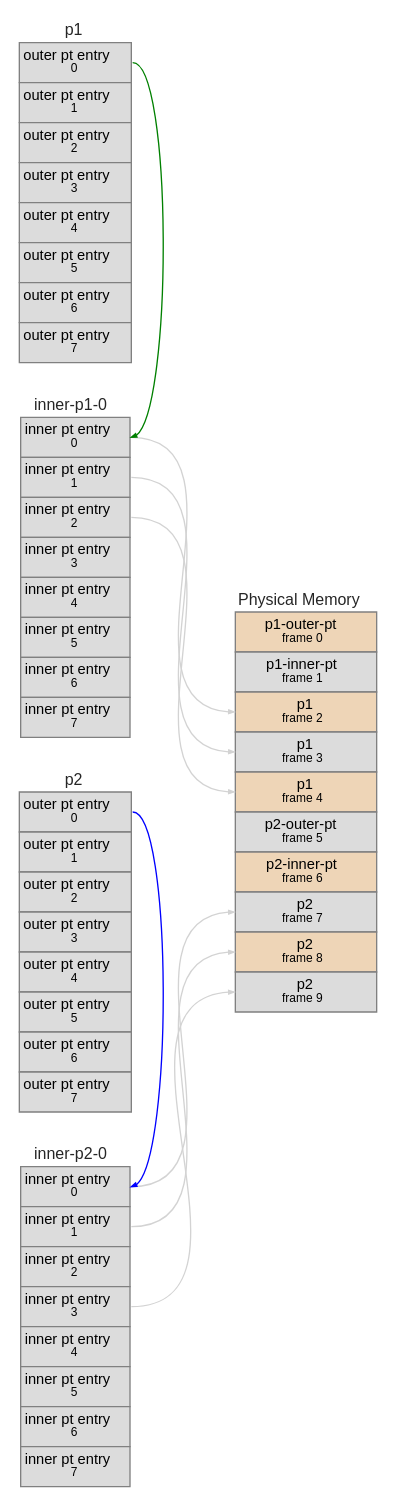
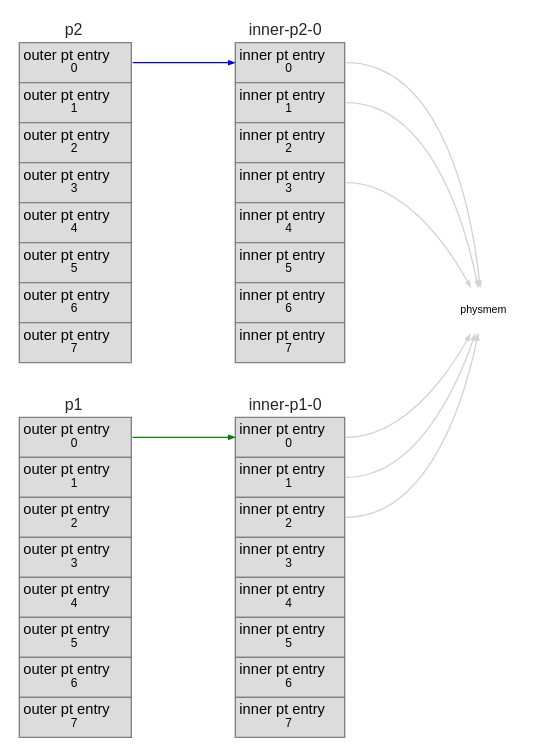
The diagram in memsim/src/graphs/twolevel2.json.gv (pitosalas/public-131-samples), drawn with Graphviz before and after one commit. The commit also changed 39 other files, not shown here.

```diff
--- a/memsim/src/graphs/twolevel2.json.gv
+++ b/memsim/src/graphs/twolevel2.json.gv
@@ -1,24 +1,23 @@
 digraph "graphs/twolevel2.json" {
 	graph [fontname=Helvetica rankdir=LR ranksep=1.0]
 	node [fontname=Helvetica fontsize=8 margin="0.04 0.04" shape=none width=0.8]
 	edge [arrowsize=0.4]
 	"inner-p1-0":0 -> physmem:2 [color=lightgrey headclip=true tailclip=true]
 	"inner-p1-0":1 -> physmem:3 [color=lightgrey headclip=true tailclip=true]
 	"inner-p1-0":2 -> physmem:4 [color=lightgrey headclip=true tailclip=true]
 	"outer-p1":0 -> "inner-p1-0":0 [color=green headclip=true tailclip=true]
 	"inner-p2-0":0 -> physmem:7 [color=lightgrey headclip=true tailclip=true]
 	"inner-p2-0":1 -> physmem:8 [color=lightgrey headclip=true tailclip=true]
 	"inner-p2-0":3 -> physmem:9 [color=lightgrey headclip=true tailclip=true]
 	"outer-p2":0 -> "inner-p2-0":0 [color=blue headclip=true tailclip=true]
 	subgraph left {
-		physmem [label=<<table border="0.1" cellborder="1" cellspacing="0"><TR><TD border="0.0" ><font face="helvetica" color="grey15" point-size="12">Physical Memory</font></TD></TR><tr><td align="text" color="grey" bgcolor="bisque2" height="30" port="0"><font point-size="11">p1-outer-pt</font><br></br><font point-size="9">frame 0</font></td></tr><tr><td align="text" color="grey" bgcolor="gainsboro" height="30" port="1"><font point-size="11">p1-inner-pt</font><br></br><font point-size="9">frame 1</font></td></tr><tr><td align="text" color="grey" bgcolor="bisque2" height="30" port="2"><font point-size="11">p1</font><br></br><font point-size="9">frame 2</font></td></tr><tr><td align="text" color="grey" bgcolor="gainsboro" height="30" port="3"><font point-size="11">p1</font><br></br><font point-size="9">frame 3</font></td></tr><tr><td align="text" color="grey" bgcolor="bisque2" height="30" port="4"><font point-size="11">p1</font><br></br><font point-size="9">frame 4</font></td></tr><tr><td align="text" color="grey" bgcolor="gainsboro" height="30" port="5"><font point-size="11">p2-outer-pt</font><br></br><font point-size="9">frame 5</font></td></tr><tr><td align="text" color="grey" bgcolor="bisque2" height="30" port="6"><font point-size="11">p2-inner-pt</font><br></br><font point-size="9">frame 6</font></td></tr><tr><td align="text" color="grey" bgcolor="gainsboro" height="30" port="7"><font point-size="11">p2</font><br></br><font point-size="9">frame 7</font></td></tr><tr><td align="text" color="grey" bgcolor="bisque2" height="30" port="8"><font point-size="11">p2</font><br></br><font point-size="9">frame 8</font></td></tr><tr><td align="text" color="grey" bgcolor="gainsboro" height="30" port="9"><font point-size="11">p2</font><br></br><font point-size="9">frame 9</font></td></tr></table>>]
-		rank=sink
-	}
-	subgraph right {
-		"inner-p1-0" [label=<<table border="0.1" cellborder="1" cellspacing="0"><TR><TD border="0.0" ><font face="helvetica" color="grey15" point-size="12">inner-p1-0</font></TD></TR><tr><td align="text" color="grey" bgcolor="gainsboro" height="30" port="0"><font point-size="11">inner pt entry</font><br></br><font point-size="9">0</font></td></tr><tr><td align="text" color="grey" bgcolor="gainsboro" height="30" port="1"><font point-size="11">inner pt entry</font><br></br><font point-size="9">1</font></td></tr><tr><td align="text" color="grey" bgcolor="gainsboro" height="30" port="2"><font point-size="11">inner pt entry</font><br></br><font point-size="9">2</font></td></tr><tr><td align="text" color="grey" bgcolor="gainsboro" height="30" port="3"><font point-size="11">inner pt entry</font><br></br><font point-size="9">3</font></td></tr><tr><td align="text" color="grey" bgcolor="gainsboro" height="30" port="4"><font point-size="11">inner pt entry</font><br></br><font point-size="9">4</font></td></tr><tr><td align="text" color="grey" bgcolor="gainsboro" height="30" port="5"><font point-size="11">inner pt entry</font><br></br><font point-size="9">5</font></td></tr><tr><td align="text" color="grey" bgcolor="gainsboro" height="30" port="6"><font point-size="11">inner pt entry</font><br></br><font point-size="9">6</font></td></tr><tr><td align="text" color="grey" bgcolor="gainsboro" height="30" port="7"><font point-size="11">inner pt entry</font><br></br><font point-size="9">7</font></td></tr></table>>]
 		"outer-p1" [label=<<table border="0.1" cellborder="1" cellspacing="0"><TR><TD border="0.0" ><font face="helvetica" color="grey15" point-size="12">p1</font></TD></TR><tr><td align="text" color="grey" bgcolor="gainsboro" height="30" port="0"><font point-size="11">outer pt entry</font><br></br><font point-size="9">0</font></td></tr><tr><td align="text" color="grey" bgcolor="gainsboro" height="30" port="1"><font point-size="11">outer pt entry</font><br></br><font point-size="9">1</font></td></tr><tr><td align="text" color="grey" bgcolor="gainsboro" height="30" port="2"><font point-size="11">outer pt entry</font><br></br><font point-size="9">2</font></td></tr><tr><td align="text" color="grey" bgcolor="gainsboro" height="30" port="3"><font point-size="11">outer pt entry</font><br></br><font point-size="9">3</font></td></tr><tr><td align="text" color="grey" bgcolor="gainsboro" height="30" port="4"><font point-size="11">outer pt entry</font><br></br><font point-size="9">4</font></td></tr><tr><td align="text" color="grey" bgcolor="gainsboro" height="30" port="5"><font point-size="11">outer pt entry</font><br></br><font point-size="9">5</font></td></tr><tr><td align="text" color="grey" bgcolor="gainsboro" height="30" port="6"><font point-size="11">outer pt entry</font><br></br><font point-size="9">6</font></td></tr><tr><td align="text" color="grey" bgcolor="gainsboro" height="30" port="7"><font point-size="11">outer pt entry</font><br></br><font point-size="9">7</font></td></tr></table>>]
-		"inner-p2-0" [label=<<table border="0.1" cellborder="1" cellspacing="0"><TR><TD border="0.0" ><font face="helvetica" color="grey15" point-size="12">inner-p2-0</font></TD></TR><tr><td align="text" color="grey" bgcolor="gainsboro" height="30" port="0"><font point-size="11">inner pt entry</font><br></br><font point-size="9">0</font></td></tr><tr><td align="text" color="grey" bgcolor="gainsboro" height="30" port="1"><font point-size="11">inner pt entry</font><br></br><font point-size="9">1</font></td></tr><tr><td align="text" color="grey" bgcolor="gainsboro" height="30" port="2"><font point-size="11">inner pt entry</font><br></br><font point-size="9">2</font></td></tr><tr><td align="text" color="grey" bgcolor="gainsboro" height="30" port="3"><font point-size="11">inner pt entry</font><br></br><font point-size="9">3</font></td></tr><tr><td align="text" color="grey" bgcolor="gainsboro" height="30" port="4"><font point-size="11">inner pt entry</font><br></br><font point-size="9">4</font></td></tr><tr><td align="text" color="grey" bgcolor="gainsboro" height="30" port="5"><font point-size="11">inner pt entry</font><br></br><font point-size="9">5</font></td></tr><tr><td align="text" color="grey" bgcolor="gainsboro" height="30" port="6"><font point-size="11">inner pt entry</font><br></br><font point-size="9">6</font></td></tr><tr><td align="text" color="grey" bgcolor="gainsboro" height="30" port="7"><font point-size="11">inner pt entry</font><br></br><font point-size="9">7</font></td></tr></table>>]
 		"outer-p2" [label=<<table border="0.1" cellborder="1" cellspacing="0"><TR><TD border="0.0" ><font face="helvetica" color="grey15" point-size="12">p2</font></TD></TR><tr><td align="text" color="grey" bgcolor="gainsboro" height="30" port="0"><font point-size="11">outer pt entry</font><br></br><font point-size="9">0</font></td></tr><tr><td align="text" color="grey" bgcolor="gainsboro" height="30" port="1"><font point-size="11">outer pt entry</font><br></br><font point-size="9">1</font></td></tr><tr><td align="text" color="grey" bgcolor="gainsboro" height="30" port="2"><font point-size="11">outer pt entry</font><br></br><font point-size="9">2</font></td></tr><tr><td align="text" color="grey" bgcolor="gainsboro" height="30" port="3"><font point-size="11">outer pt entry</font><br></br><font point-size="9">3</font></td></tr><tr><td align="text" color="grey" bgcolor="gainsboro" height="30" port="4"><font point-size="11">outer pt entry</font><br></br><font point-size="9">4</font></td></tr><tr><td align="text" color="grey" bgcolor="gainsboro" height="30" port="5"><font point-size="11">outer pt entry</font><br></br><font point-size="9">5</font></td></tr><tr><td align="text" color="grey" bgcolor="gainsboro" height="30" port="6"><font point-size="11">outer pt entry</font><br></br><font point-size="9">6</font></td></tr><tr><td align="text" color="grey" bgcolor="gainsboro" height="30" port="7"><font point-size="11">outer pt entry</font><br></br><font point-size="9">7</font></td></tr></table>>]
 		rank=source
 	}
+	subgraph middle {
+		"inner-p1-0" [label=<<table border="0.1" cellborder="1" cellspacing="0"><TR><TD border="0.0" ><font face="helvetica" color="grey15" point-size="12">inner-p1-0</font></TD></TR><tr><td align="text" color="grey" bgcolor="gainsboro" height="30" port="0"><font point-size="11">inner pt entry</font><br></br><font point-size="9">0</font></td></tr><tr><td align="text" color="grey" bgcolor="gainsboro" height="30" port="1"><font point-size="11">inner pt entry</font><br></br><font point-size="9">1</font></td></tr><tr><td align="text" color="grey" bgcolor="gainsboro" height="30" port="2"><font point-size="11">inner pt entry</font><br></br><font point-size="9">2</font></td></tr><tr><td align="text" color="grey" bgcolor="gainsboro" height="30" port="3"><font point-size="11">inner pt entry</font><br></br><font point-size="9">3</font></td></tr><tr><td align="text" color="grey" bgcolor="gainsboro" height="30" port="4"><font point-size="11">inner pt entry</font><br></br><font point-size="9">4</font></td></tr><tr><td align="text" color="grey" bgcolor="gainsboro" height="30" port="5"><font point-size="11">inner pt entry</font><br></br><font point-size="9">5</font></td></tr><tr><td align="text" color="grey" bgcolor="gainsboro" height="30" port="6"><font point-size="11">inner pt entry</font><br></br><font point-size="9">6</font></td></tr><tr><td align="text" color="grey" bgcolor="gainsboro" height="30" port="7"><font point-size="11">inner pt entry</font><br></br><font point-size="9">7</font></td></tr></table>>]
+		"inner-p2-0" [label=<<table border="0.1" cellborder="1" cellspacing="0"><TR><TD border="0.0" ><font face="helvetica" color="grey15" point-size="12">inner-p2-0</font></TD></TR><tr><td align="text" color="grey" bgcolor="gainsboro" height="30" port="0"><font point-size="11">inner pt entry</font><br></br><font point-size="9">0</font></td></tr><tr><td align="text" color="grey" bgcolor="gainsboro" height="30" port="1"><font point-size="11">inner pt entry</font><br></br><font point-size="9">1</font></td></tr><tr><td align="text" color="grey" bgcolor="gainsboro" height="30" port="2"><font point-size="11">inner pt entry</font><br></br><font point-size="9">2</font></td></tr><tr><td align="text" color="grey" bgcolor="gainsboro" height="30" port="3"><font point-size="11">inner pt entry</font><br></br><font point-size="9">3</font></td></tr><tr><td align="text" color="grey" bgcolor="gainsboro" height="30" port="4"><font point-size="11">inner pt entry</font><br></br><font point-size="9">4</font></td></tr><tr><td align="text" color="grey" bgcolor="gainsboro" height="30" port="5"><font point-size="11">inner pt entry</font><br></br><font point-size="9">5</font></td></tr><tr><td align="text" color="grey" bgcolor="gainsboro" height="30" port="6"><font point-size="11">inner pt entry</font><br></br><font point-size="9">6</font></td></tr><tr><td align="text" color="grey" bgcolor="gainsboro" height="30" port="7"><font point-size="11">inner pt entry</font><br></br><font point-size="9">7</font></td></tr></table>>]
+		rank=middle
+	}
 }
```
